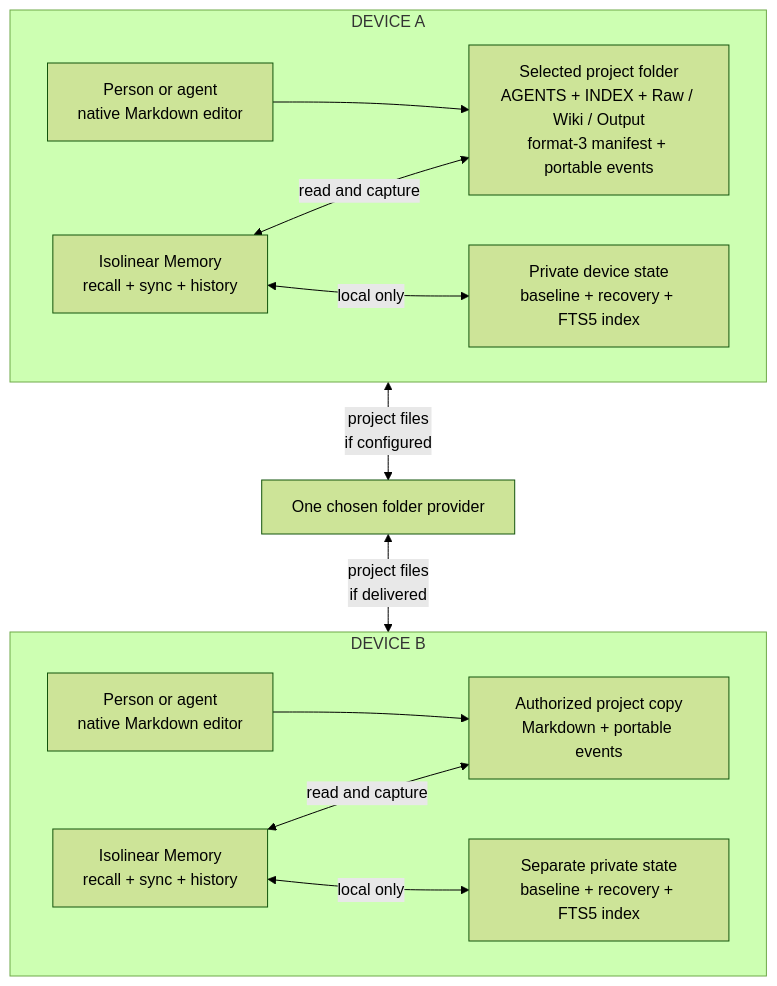
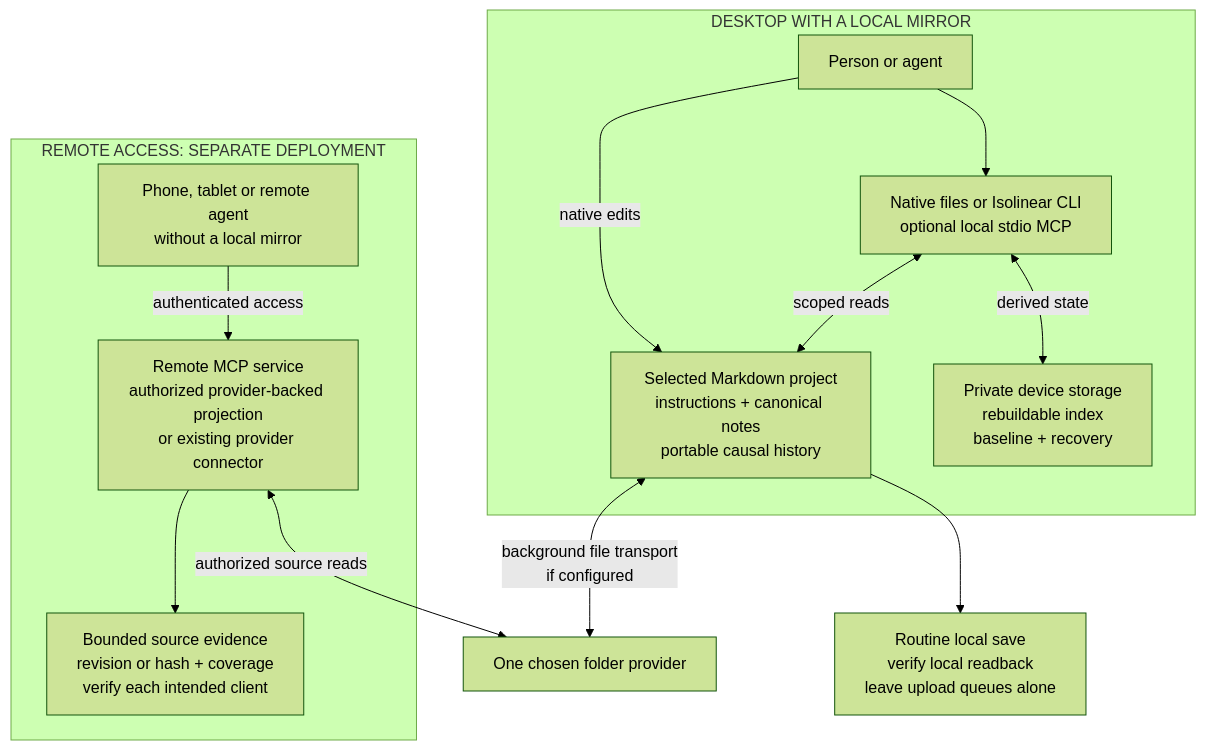
Before and after one commit to Kian-hdr/isolinear-memory: the first of 6 diagrams in README.md, drawn with Mermaid (forest theme). The commit also changed other lines of this file and 24 other files, not shown here.

First line of the commit message:
Explain Isolinear architecture and simplify setup guidance (#7)

````diff
--- a/README.md
+++ b/README.md
@@ -50,19 +94,18 @@
 ```mermaid
 flowchart TB
-  accTitle: One selected project, separate private device state
-  accDescr: Each device holds a selected Markdown project and a private baseline, recovery state and FTS5 index. Isolinear Memory reads and records only the selected project. Provider sync scope is configured separately; the private state is outside the project route.
-  subgraph A["DEVICE A"]
-    direction LR
-    AE["Person or agent<br/>native Markdown editor"] --> AF["Selected project folder<br/>AGENTS + INDEX + Raw / Wiki / Output<br/>format-3 manifest + portable events"]
-    AM["Isolinear Memory<br/>recall + sync + history"] <-->|"read and capture"| AF
-    AM <-->|"local only"| AS["Private device state<br/>baseline + recovery + FTS5 index"]
+  accTitle: One source of knowledge, local and remote access paths
+  accDescr: Desktop agents use native files, CLI or optional local stdio MCP over one selected Markdown project. Private indexes are rebuildable. A phone without a mirror needs a separately deployed authenticated remote service or an existing provider connector. Remote access and client acceptance are separate from the local release.
+  subgraph A["DESKTOP WITH A LOCAL MIRROR"]
+    AE["Person or agent"] --> AM["Native files or Isolinear CLI<br/>optional local stdio MCP"]
+    AM <-->|"scoped reads"| AF["Selected Markdown project<br/>instructions + canonical notes<br/>portable causal history"]
+    AM <-->|"derived state"| AS["Private device storage<br/>rebuildable index<br/>baseline + recovery"]
+    AE -->|"native edits"| AF
   end
-  AF <-->|"project files<br/>if configured"| P["One chosen folder provider"]
-  P <-->|"project files<br/>if delivered"| BF
-  subgraph B["DEVICE B"]
-    direction LR
-    BE["Person or agent<br/>native Markdown editor"] --> BF["Authorized project copy<br/>Markdown + portable events"]
-    BM["Isolinear Memory<br/>recall + sync + history"] <-->|"read and capture"| BF
-    BM <-->|"local only"| BS["Separate private state<br/>baseline + recovery + FTS5 index"]
+  AF <-->|"background file transport<br/>if configured"| P["One chosen folder provider"]
+  subgraph B["REMOTE ACCESS: SEPARATE DEPLOYMENT"]
+    BE["Phone, tablet or remote agent<br/>without a local mirror"] -->|"authenticated access"| BM["Remote MCP service<br/>authorized provider-backed projection<br/>or existing provider connector"]
+    BM --> O["Bounded source evidence<br/>revision or hash + coverage<br/>verify each intended client"]
   end
+  BM <-->|"authorized source reads"| P
+  AF --> V["Routine local save<br/>verify local readback<br/>leave upload queues alone"]
 ```
````
